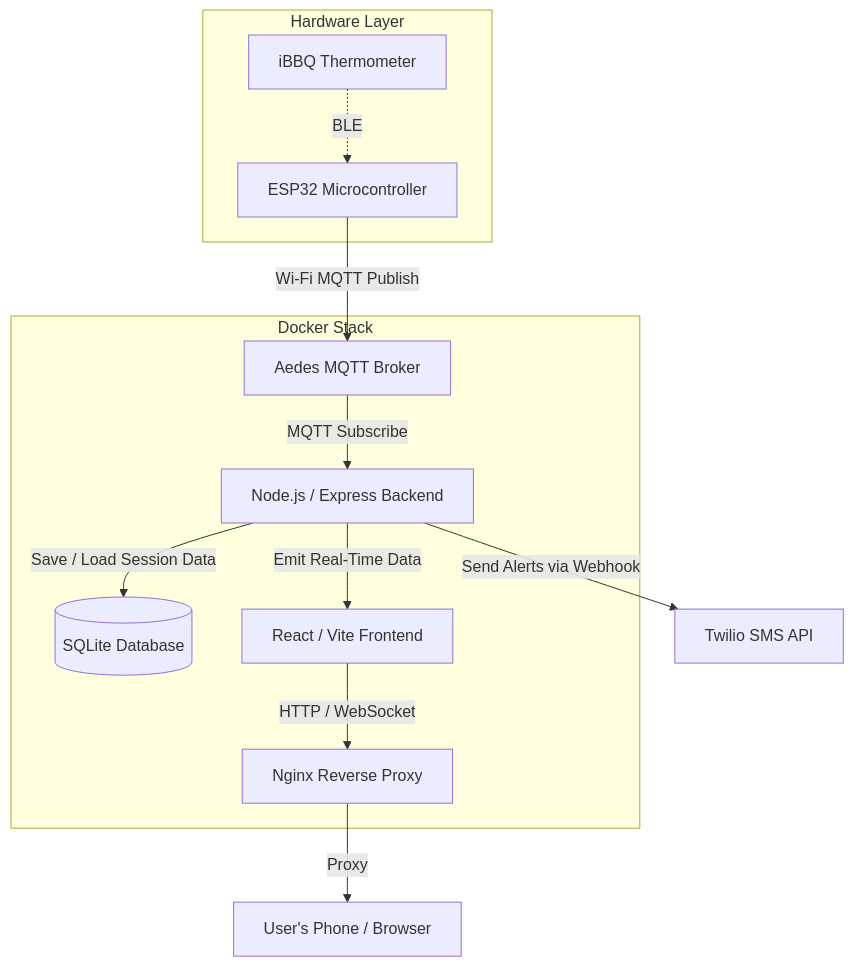
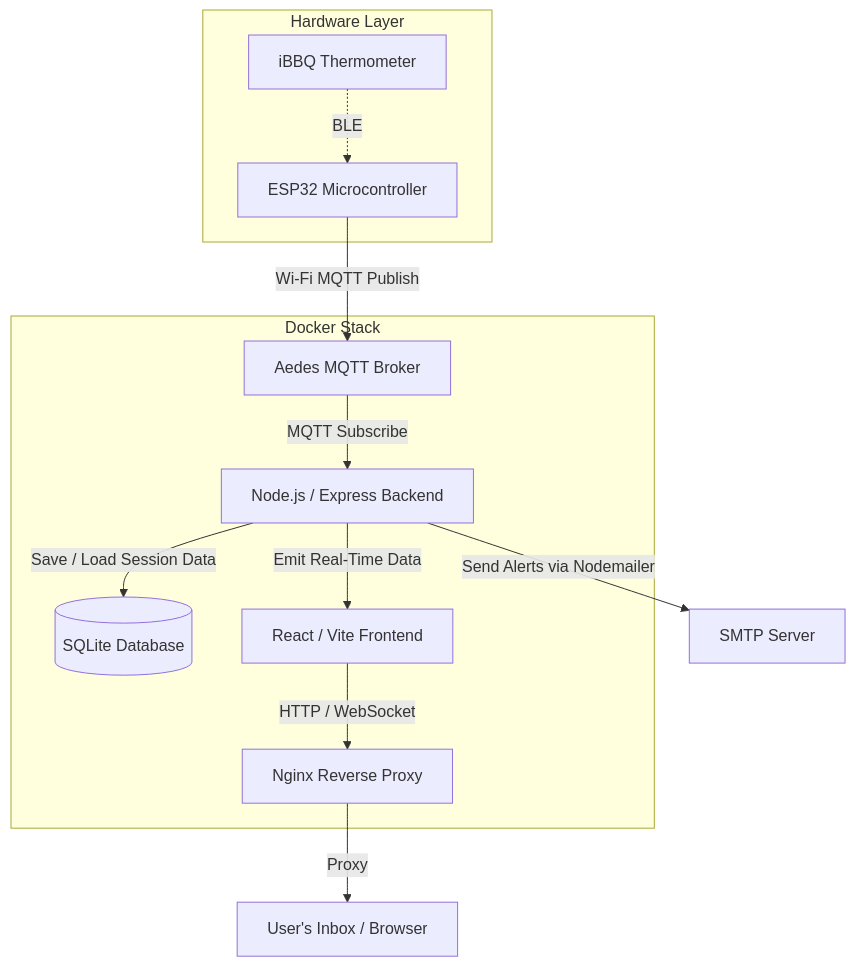
One commit to theboyscode/BBQ-Grapher changed the diagram in README.md. Above: the diagram before and after it, drawn with Mermaid. The commit also changed other lines of this file, not shown here.

Commit message:
Update README with new email and probe config features

````diff
--- a/README.md
+++ b/README.md
@@ -89,31 +91,31 @@
 ```mermaid
 graph TD
     %% Hardware Layer
     subgraph Hardware Layer
         Thermometer[iBBQ Thermometer]
         ESP[ESP32 Microcontroller]
         Thermometer -. BLE .-> ESP
     end
 
     %% Docker Layer
     subgraph Docker Stack
         Broker[Aedes MQTT Broker]
         Backend[Node.js / Express Backend]
         DB[(SQLite Database)]
         Frontend[React / Vite Frontend]
         Nginx[Nginx Reverse Proxy]
     end
 
     %% External Services
-    Twilio[Twilio SMS API]
-    User[User's Phone / Browser]
+    Email[SMTP Server]
+    User[User's Inbox / Browser]
 
     %% Data Flow
     ESP -- Wi-Fi MQTT Publish --> Broker
     Broker -- MQTT Subscribe --> Backend
     Backend -- Save / Load Session Data --> DB
-    Backend -- Send Alerts via Webhook --> Twilio
+    Backend -- Send Alerts via Nodemailer --> Email
     Backend -- Emit Real-Time Data --> Frontend
     Frontend -- HTTP / WebSocket --> Nginx
     Nginx -- Proxy --> User
 ```
````
